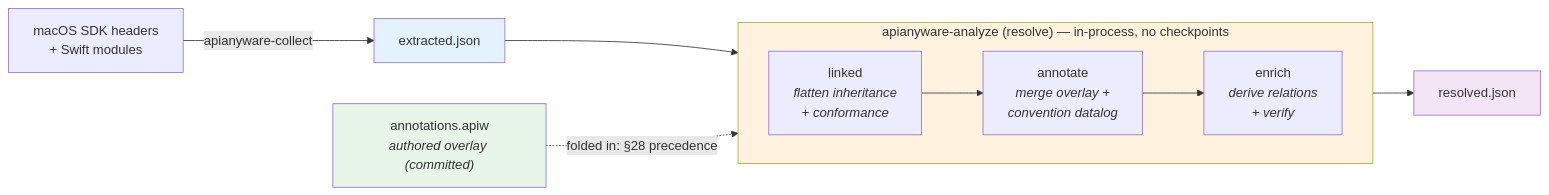
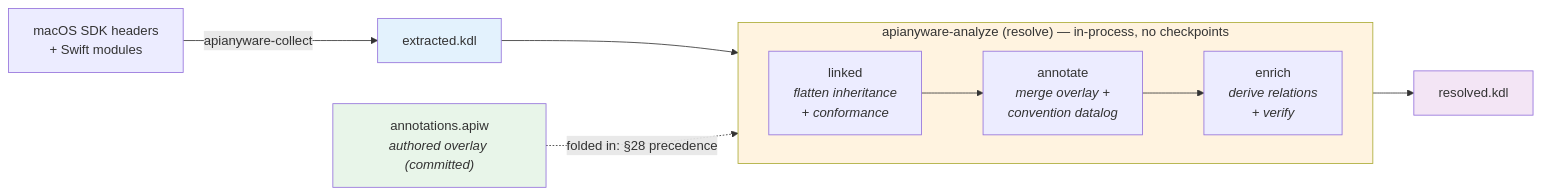
One commit to Linkuistics/APIAnyware changed the diagram in platforms/macos/docs/annotation-workflow.md. Above: the diagram before and after it, drawn with Mermaid. The commit also changed other lines of this file and 59 other files, not shown here.

````diff
--- a/platforms/macos/docs/annotation-workflow.md
+++ b/platforms/macos/docs/annotation-workflow.md
@@ -37,19 +37,19 @@
 ```mermaid
 flowchart LR
-    SDK["macOS SDK headers<br/>+ Swift modules"] -->|"apianyware-collect"| EX["extracted.json"]
+    SDK["macOS SDK headers<br/>+ Swift modules"] -->|"apianyware-collect"| EX["extracted.kdl"]
     OV["annotations.apiw<br/><i>authored overlay (committed)</i>"]
 
     subgraph inproc["apianyware-analyze (resolve) — in-process, no checkpoints"]
         direction LR
         L["linked<br/><i>flatten inheritance<br/>+ conformance</i>"] --> AN["annotate<br/><i>merge overlay +<br/>convention datalog</i>"] --> EN["enrich<br/><i>derive relations<br/>+ verify</i>"]
     end
 
     EX --> L
     OV -.->|"folded in: §28 precedence"| AN
-    EN --> RES["resolved.json"]
+    EN --> RES["resolved.kdl"]
 
     style EX fill:#e3f2fd
     style OV fill:#e8f5e9
     style RES fill:#f3e5f5
     style inproc fill:#fff3e0
 ```
````
